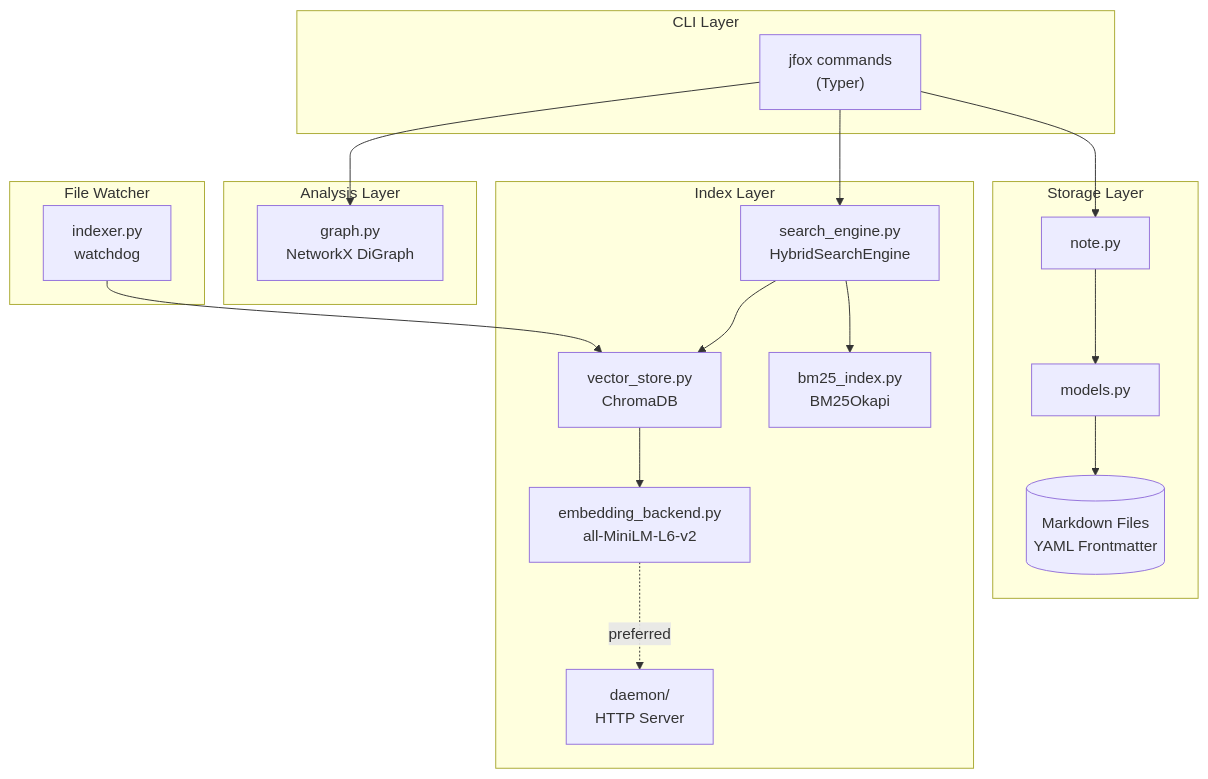
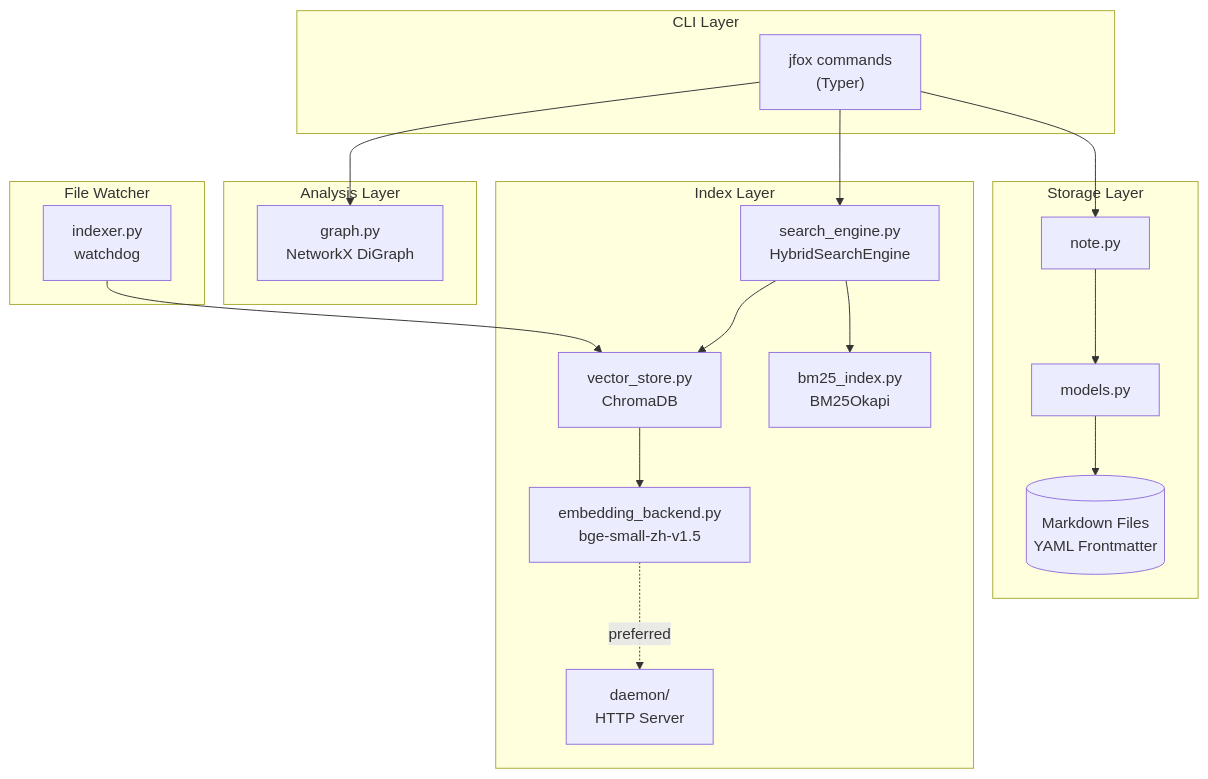
The first of 5 diagrams in README.md (zhuxixi/jfox), drawn with Mermaid before and after one commit. The commit also changed other lines of this file and 16 other files, not shown here.

First line of the commit message:
feat(embedding): switch CPU default model to bge-small-zh-v1.5 with smooth migration (#442) (#453)

````diff
--- a/README.md
+++ b/README.md
@@ -42,31 +42,31 @@
 ```mermaid
 graph TB
     subgraph CLI ["CLI Layer"]
         cmd["jfox commands<br/>(Typer)"]
     end
     subgraph Storage ["Storage Layer"]
         note[note.py]
         models[models.py]
         md[("Markdown Files<br/>YAML Frontmatter")]
     end
     subgraph Index ["Index Layer"]
         se[search_engine.py<br/>HybridSearchEngine]
         vs[vector_store.py<br/>ChromaDB]
         bm[bm25_index.py<br/>BM25Okapi]
-        emb[embedding_backend.py<br/>all-MiniLM-L6-v2]
+        emb[embedding_backend.py<br/>bge-small-zh-v1.5]
         daemon["daemon/<br/>HTTP Server"]
     end
     subgraph Analysis ["Analysis Layer"]
         gph["graph.py<br/>NetworkX DiGraph"]
     end
     subgraph Watcher ["File Watcher"]
         idx[indexer.py<br/>watchdog]
     end
 
     cmd --> note & se & gph
     note --> models --> md
     se --> vs & bm
     vs --> emb
     emb -.->|"preferred"| daemon
     idx --> vs
 ```
````
